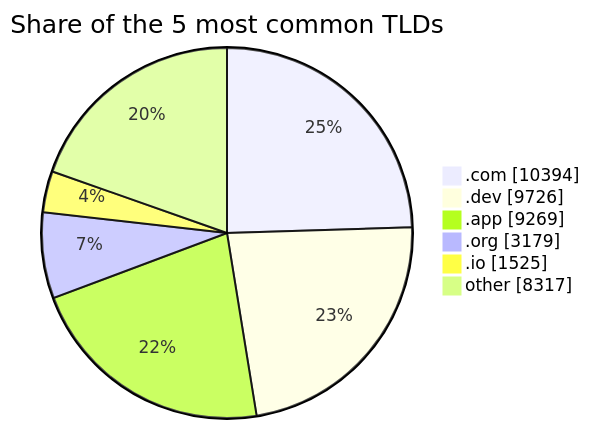
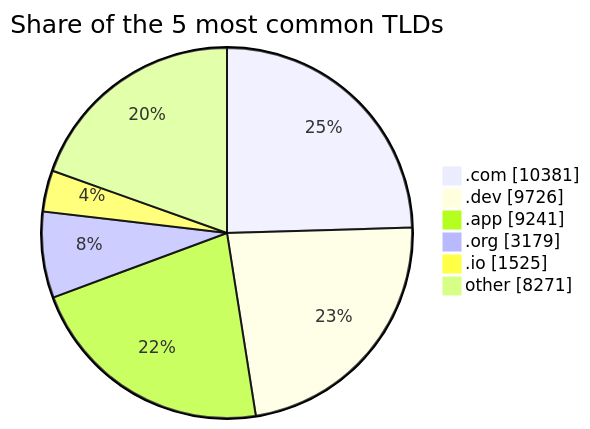
Before and after one commit to DNSBunker/CTI: the third of 3 diagrams in README.md, drawn with Mermaid. The commit also changed other lines of this file and 3 other files, not shown here.

````diff
--- a/README.md
+++ b/README.md
@@ -81,9 +81,9 @@
 ```mermaid
 pie showData title Share of the 5 most common TLDs
-    ".com" : 10394
+    ".com" : 10381
     ".dev" : 9726
-    ".app" : 9269
+    ".app" : 9241
     ".org" : 3179
     ".io" : 1525
-    "other" : 8317
+    "other" : 8271
 ```
````
